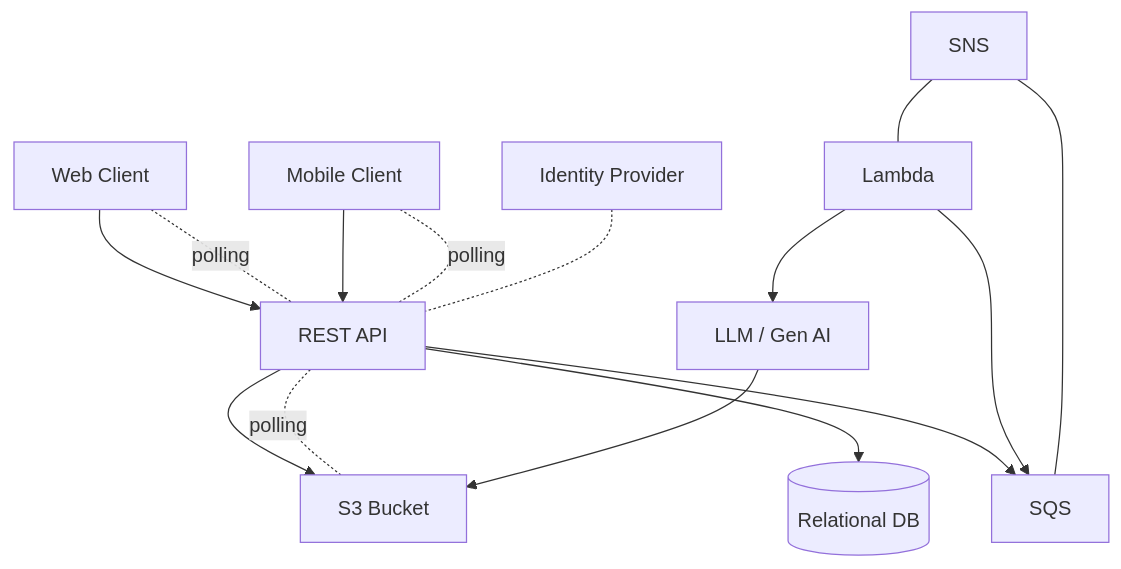
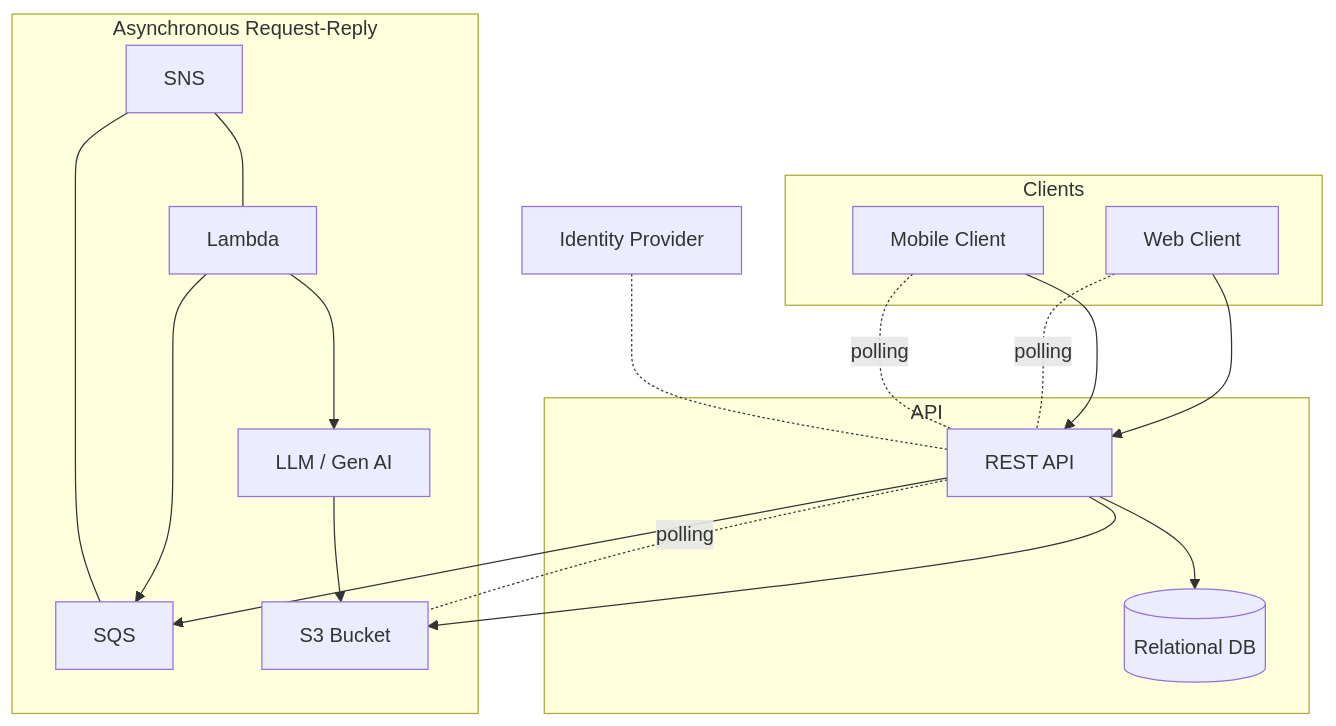
One commit to demaskey/architecture-brainstorm changed the first of 2 diagrams in README.md. Above: the diagram before and after it, drawn with Mermaid. The commit also changed other lines of this file, not shown here.

````diff
--- a/README.md
+++ b/README.md
@@ -3,21 +3,38 @@
 ```mermaid
 flowchart TD
-    webClient[Web Client] --> restApi[REST API]
+    subgraph Clients
+        webClient[Web Client]
+        mobileClient[Mobile Client]
+    end
+    subgraph API
+        restApi[REST API]
+        db[(Relational DB)]
+    end
+    subgraph "Asynchronous Request-Reply"
+        ai[LLM / Gen AI]
+        sqs[SQS]
+        sns[SNS]
+        lambda[Lambda]
+        s3[S3 Bucket]
+    end
+    idp[Identity Provider]
+
+    webClient --> restApi
+    mobileClient --> restApi
     webClient -.- |polling|restApi
-    mobileClient[Mobile Client] --> restApi
     mobileClient  -.- |polling|restApi
     
-    restApi --> db[(Relational DB)]
-    restApi --> sqs[SQS]
+    restApi --> db
+    restApi --> sqs
     restApi --> s3
     restApi -.- |polling|s3
     
-    lambda[Lambda] --> sqs
-    lambda --> ai[LLM / Gen AI]
-    ai --> s3[S3 Bucket]
+    lambda --> sqs
+    lambda --> ai
+    ai --> s3
     
-    sns[SNS] --- sqs
+    sns --- sqs
     sns --- lambda
 
-    idp[Identity Provider] -.- restApi
+    idp -.- restApi
 ```
````
